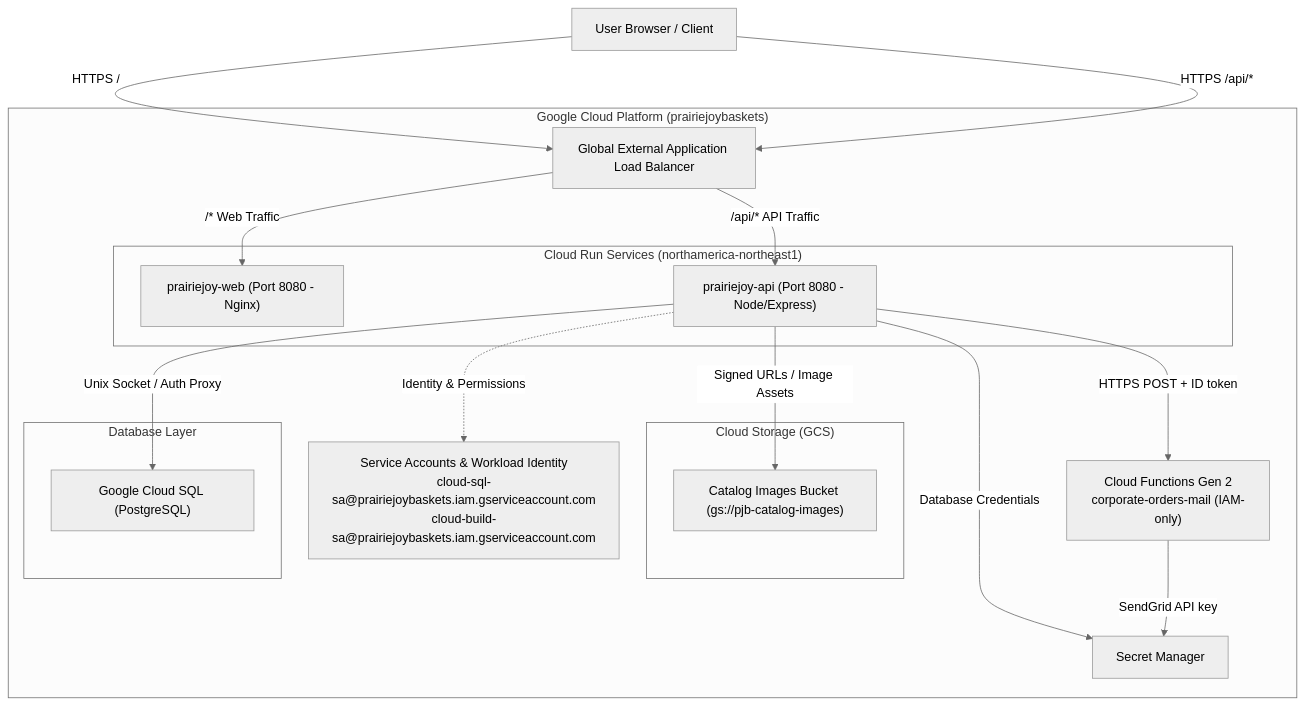
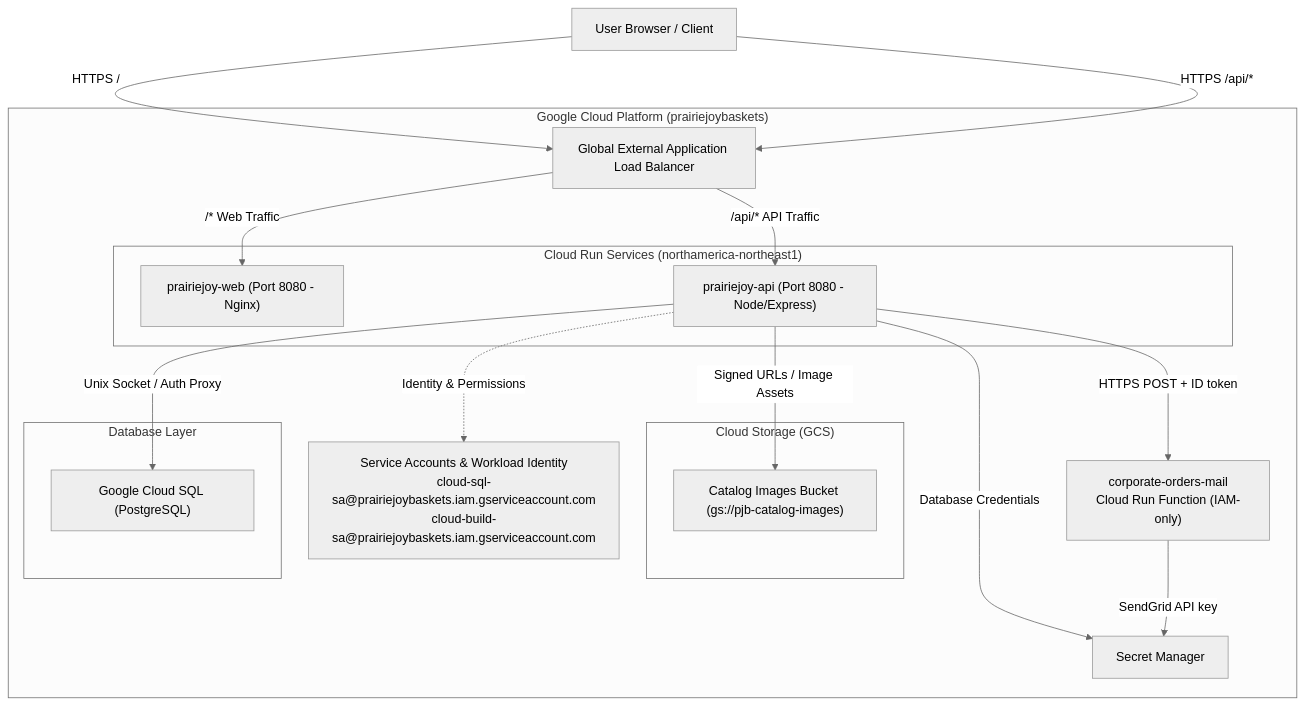
One commit to Dgoralkin/PrairieJoyBaskets changed the diagram in PROJECT_ARCHITECTURE.md. Above: the diagram before and after it, drawn with Mermaid (neutral theme). The commit also changed 3 other files, not shown here.

Commit message:
Sendgrid deployed to CloudRun

````diff
--- a/PROJECT_ARCHITECTURE.md
+++ b/PROJECT_ARCHITECTURE.md
@@ -12,38 +12,38 @@
 ```mermaid
 flowchart TD
     Client["User Browser / Client"]
 
     subgraph GCP["Google Cloud Platform (prairiejoybaskets)"]
         GLB["Global External Application Load Balancer"]
         
         subgraph CloudRun["Cloud Run Services (northamerica-northeast1)"]
             WebRun["prairiejoy-web (Port 8080 - Nginx)"]
             ApiRun["prairiejoy-api (Port 8080 - Node/Express)"]
         end
-        EmailFunction["Cloud Functions Gen 2\ncorporate-orders-mail (IAM-only)"]
+        EmailRun["corporate-orders-mail\nCloud Run Function (IAM-only)"]
 
         subgraph Storage["Cloud Storage (GCS)"]
             GCS_Images["Catalog Images Bucket (gs://pjb-catalog-images)"]
         end
         
         subgraph Data["Database Layer"]
             CloudSQL["Google Cloud SQL (PostgreSQL)"]
         end
 
         SecretMgr["Secret Manager"]
         IAM["Service Accounts & Workload Identity\ncloud-sql-sa@prairiejoybaskets.iam.gserviceaccount.com\ncloud-build-sa@prairiejoybaskets.iam.gserviceaccount.com"]
     end
 
     Client -->|HTTPS /| GLB
     Client -->|HTTPS /api/*| GLB
     
     GLB -->|/* Web Traffic| WebRun
     GLB -->|/api/* API Traffic| ApiRun
     
     ApiRun -->|Unix Socket / Auth Proxy| CloudSQL
     ApiRun -->|Signed URLs / Image Assets| GCS_Images
     ApiRun -->|Database Credentials| SecretMgr
     ApiRun -.->|Identity & Permissions| IAM
-    ApiRun -->|HTTPS POST + ID token| EmailFunction
-    EmailFunction -->|SendGrid API key| SecretMgr
+    ApiRun -->|HTTPS POST + ID token| EmailRun
+    EmailRun -->|SendGrid API key| SecretMgr
 ```
````
